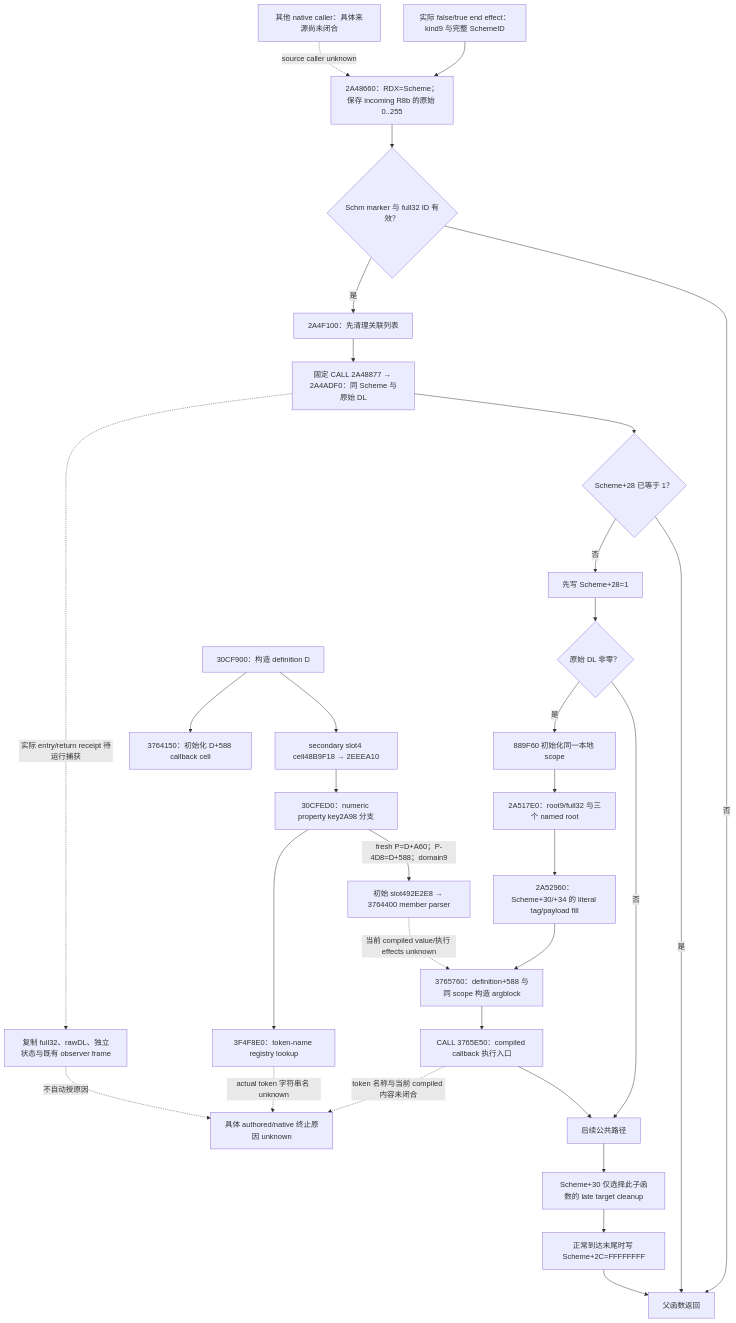
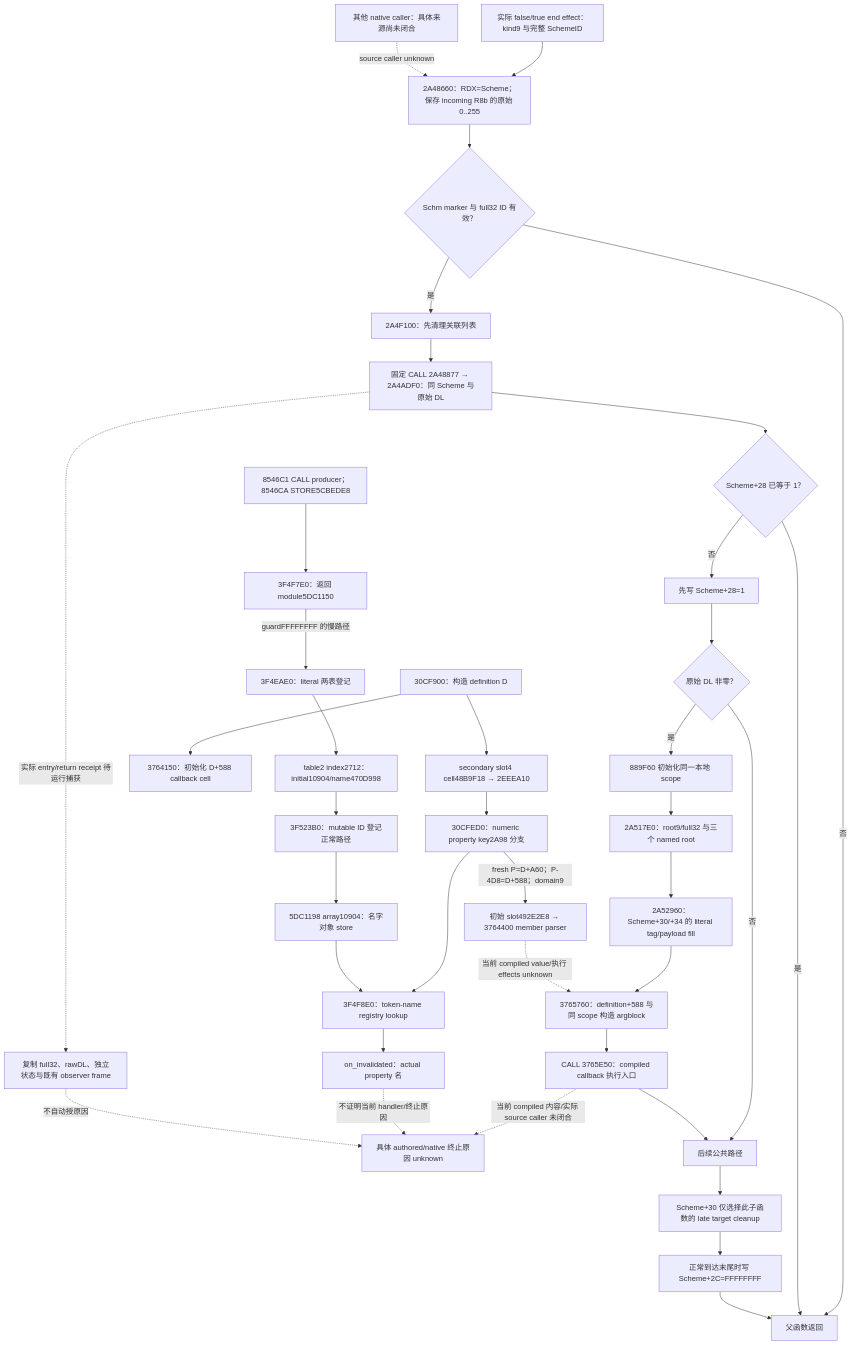
Before and after one commit to XenoAmess/ck3_eternal_recurrence: the first of 2 diagrams in docs/ck3-native-ai/sway-native-end-source-tree-12004.md, drawn with Mermaid. The commit also changed other lines of this file and 3 other files, not shown here.

Commit message:
Resolve native invalidation callback property registration [skip ci]

````diff
--- a/docs/ck3-native-ai/sway-native-end-source-tree-12004.md
+++ b/docs/ck3-native-ai/sway-native-end-source-tree-12004.md
@@ -15,33 +17,40 @@
 ```mermaid
 flowchart TD
   F[实际 false/true end effect：kind9 与完整 SchemeID] --> P
   X[其他 native caller：具体来源尚未闭合] -. source caller unknown .-> P
   P[2A48660：RDX=Scheme；保存 incoming R8b 的原始 0..255] --> G
   G{Schm marker 与 full32 ID 有效？} -->|否| R[父函数返回]
   G -->|是| C[2A4F100：先清理关联列表]
   C --> E[固定 CALL 2A48877 → 2A4ADF0：同 Scheme 与原始 DL]
   E --> S{Scheme+28 已等于 1？}
   S -->|是| R
   S -->|否| T[先写 Scheme+28=1]
   T --> B{原始 DL 非零？}
   B -->|是| Q[889F60 初始化同一本地 scope]
   Q --> V[2A517E0：root9/full32 与三个 named root]
   V --> W[2A52960：Scheme+30/+34 的 literal tag/payload fill]
   W --> Y[3765760：definition+588 与同 scope 构造 argblock]
   Y --> Z[CALL 3765E50：compiled callback 执行入口]
-  Z -. token 名称与当前 compiled 内容未闭合 .-> U[具体 authored/native 终止原因 unknown]
+  Z -. 当前 compiled 内容/实际 source caller 未闭合 .-> U[具体 authored/native 终止原因 unknown]
   CT[30CF900：构造 definition D] --> CI[3764150：初始化 D+588 callback cell]
   CT --> ST[secondary slot4 cell48B9F18 → 2EEEA10]
   ST --> PK[30CFED0：numeric property key2A98 分支]
   PK -->|fresh P=D+A60；P-4D8=D+588；domain9| MP[初始 slot492E2E8 → 3764400 member parser]
   PK --> TN[3F4F8E0：token-name registry lookup]
-  TN -. actual token 字符串名 unknown .-> U
+  TN --> PN[on_invalidated：actual property 名]
+  PN -. 不证明当前 handler/终止原因 .-> U
+  SU[8546C1 CALL producer；8546CA STORE5CBEDE8] --> PR[3F4F7E0：返回 module5DC1150]
+  PR -->|guardFFFFFFFF 的慢路径| IN[3F4EAE0：literal 两表登记]
+  IN --> LR[table2 index2712：initial10904/name470D998]
+  LR --> RG[3F523B0：mutable ID 登记正常路径]
+  RG --> NS[5DC1198 array10904：名字对象 store]
+  NS --> TN
   MP -. 当前 compiled value/执行 effects unknown .-> Y
   B -->|否| L[后续公共路径]
   Z --> L
   L --> K[Scheme+30 仅选择此子函数的 late target cleanup]
   K --> O[正常到达末尾时写 Scheme+2C=FFFFFFFF]
   O --> R
   E -. 实际 entry/return receipt 待运行捕获 .-> A[复制 full32、rawDL、独立状态与既有 observer frame]
   A -. 不自动授原因 .-> U
 ```
````
